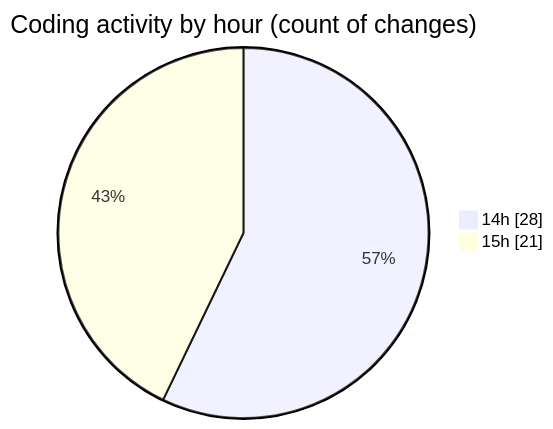
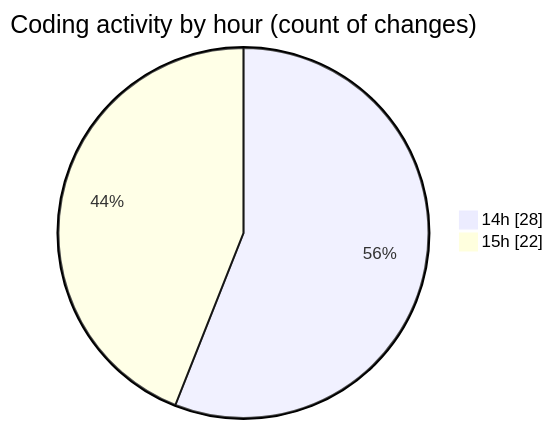
The second of 2 diagrams in 2025-11-08/futsal/README.md (idhammustaqopulfikri/code-tracking), drawn with Mermaid before and after one commit. The commit also changed other lines of this file and 1 other file, not shown here.

````diff
--- a/2025-11-08/futsal/README.md
+++ b/2025-11-08/futsal/README.md
@@ -41,6 +41,6 @@
 ```mermaid
 pie showData
 title Coding activity by hour (count of changes)
 "14h" : 28
-"15h" : 21
+"15h" : 22
 ```
````
